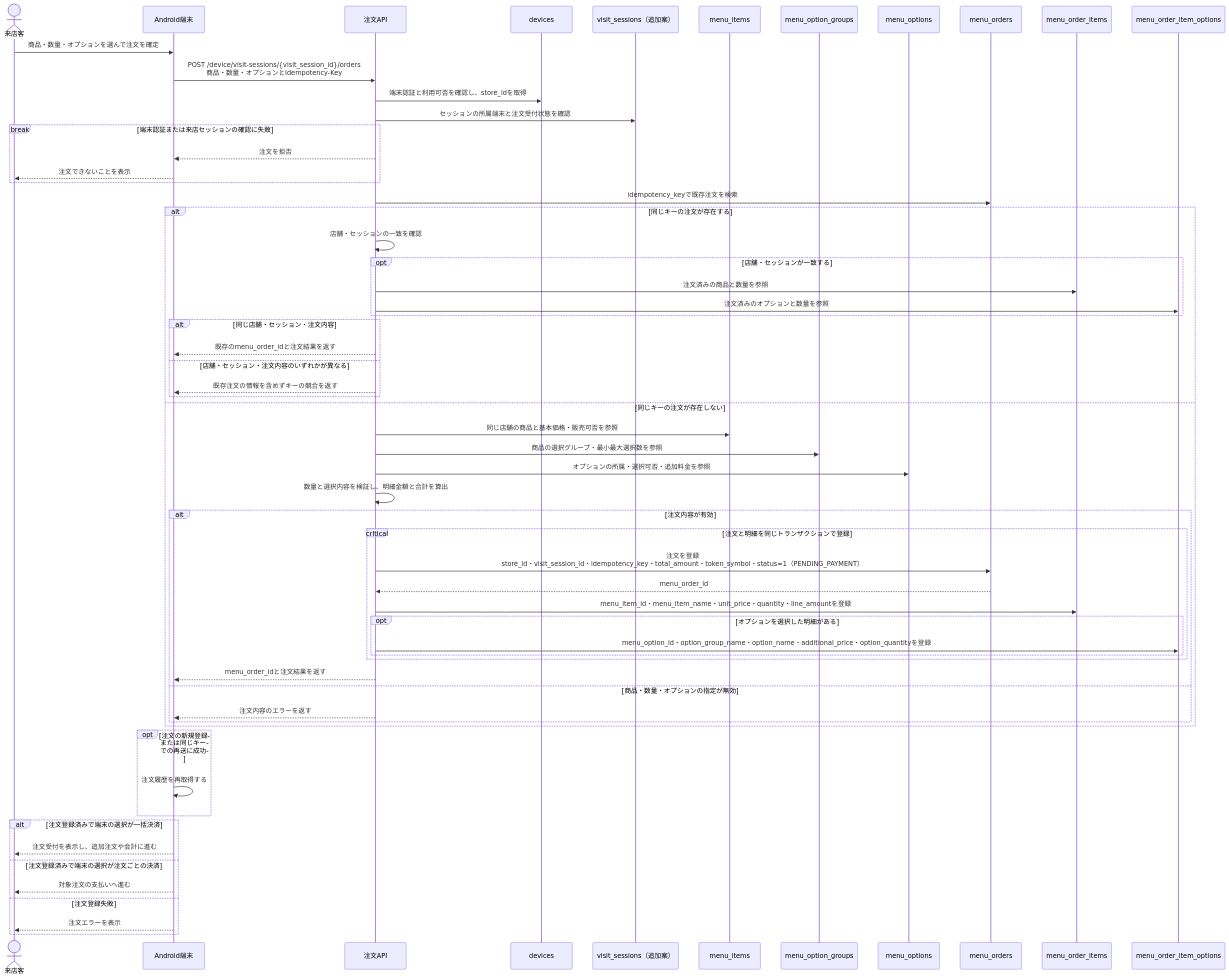
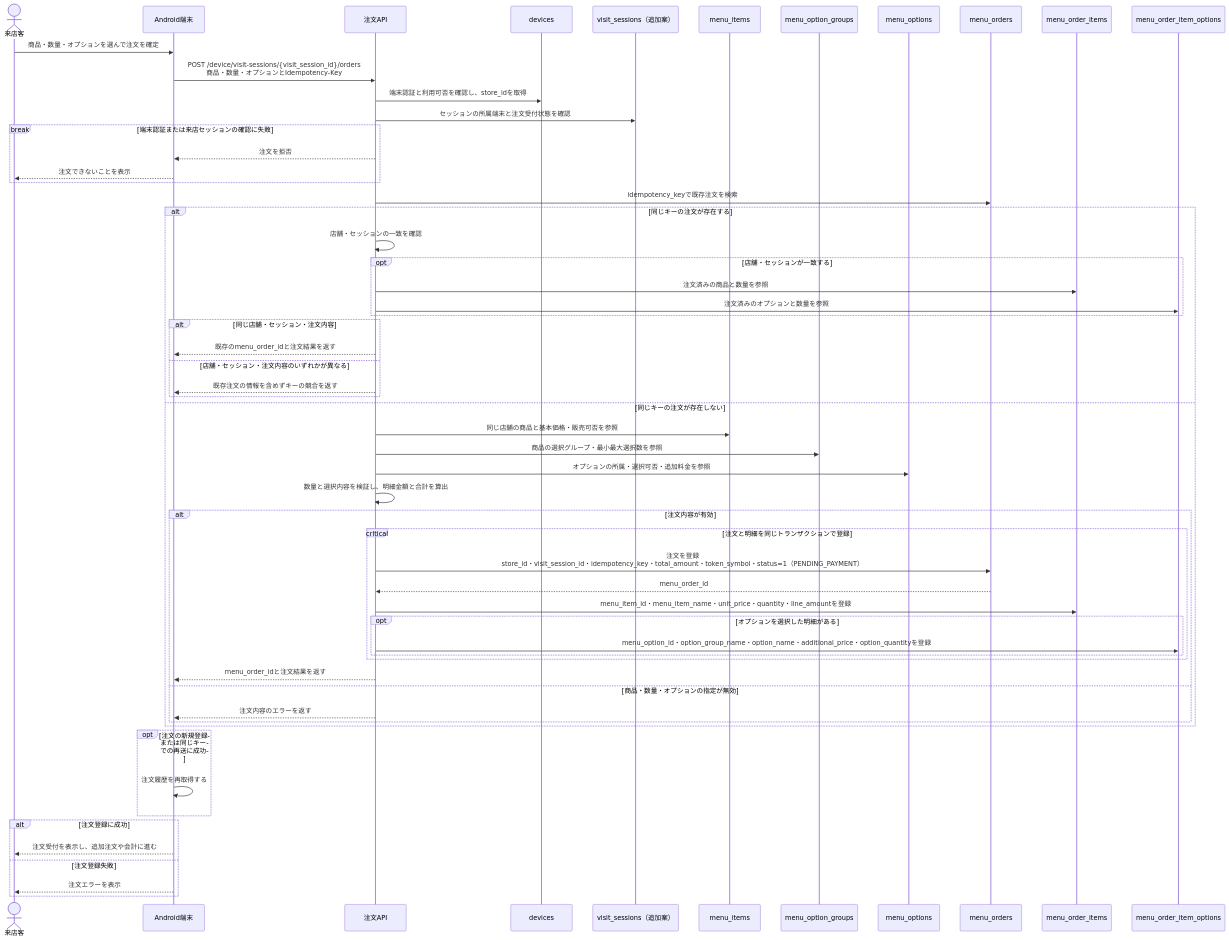
The fourth of 9 diagrams in docs/メニューオーダーフロー.md (terao06/teraid-pay-api), drawn with Mermaid before and after one commit. The commit also changed other lines of this file and 34 other files, not shown here.

````diff
--- a/docs/メニューオーダーフロー.md
+++ b/docs/メニューオーダーフロー.md
@@ -169,65 +164,63 @@
 ```mermaid
 sequenceDiagram
     actor Guest as 来店客
     participant Device as Android端末
     participant API as 注文API
     participant Devices as devices
     participant Visits as visit_sessions（追加案）
     participant Items as menu_items
     participant Groups as menu_option_groups
     participant Options as menu_options
     participant Orders as menu_orders
     participant OrderItems as menu_order_items
     participant OrderOptions as menu_order_item_options
 
     Guest->>Device: 商品・数量・オプションを選んで注文を確定
     Device->>API: POST /device/visit-sessions/{visit_session_id}/orders<br/>商品・数量・オプションとIdempotency-Key
     API->>Devices: 端末認証と利用可否を確認し、store_idを取得
     API->>Visits: セッションの所属端末と注文受付状態を確認
     break 端末認証または来店セッションの確認に失敗
         API-->>Device: 注文を拒否
         Device-->>Guest: 注文できないことを表示
     end
 
     API->>Orders: idempotency_keyで既存注文を検索
     alt 同じキーの注文が存在する
         API->>API: 店舗・セッションの一致を確認
         opt 店舗・セッションが一致する
             API->>OrderItems: 注文済みの商品と数量を参照
             API->>OrderOptions: 注文済みのオプションと数量を参照
         end
         alt 同じ店舗・セッション・注文内容
             API-->>Device: 既存のmenu_order_idと注文結果を返す
         else 店舗・セッション・注文内容のいずれかが異なる
             API-->>Device: 既存注文の情報を含めずキーの競合を返す
         end
     else 同じキーの注文が存在しない
         API->>Items: 同じ店舗の商品と基本価格・販売可否を参照
         API->>Groups: 商品の選択グループ・最小最大選択数を参照
         API->>Options: オプションの所属・選択可否・追加料金を参照
         API->>API: 数量と選択内容を検証し、明細金額と合計を算出
         alt 注文内容が有効
             critical 注文と明細を同じトランザクションで登録
                 API->>Orders: 注文を登録<br/>store_id・visit_session_id・idempotency_key・total_amount・token_symbol・status=1（PENDING_PAYMENT）
                 Orders-->>API: menu_order_id
                 API->>OrderItems: menu_item_id・menu_item_name・unit_price・quantity・line_amountを登録
                 opt オプションを選択した明細がある
                     API->>OrderOptions: menu_option_id・option_group_name・option_name・additional_price・option_quantityを登録
                 end
             end
             API-->>Device: menu_order_idと注文結果を返す
         else 商品・数量・オプションの指定が無効
             API-->>Device: 注文内容のエラーを返す
         end
     end
     opt 注文の新規登録または同じキーでの再送に成功
         Device->>Device: 注文履歴を再取得する
     end
-    alt 注文登録済みで端末の選択が一括決済
+    alt 注文登録に成功
         Device-->>Guest: 注文受付を表示し、追加注文や会計に進む
-    else 注文登録済みで端末の選択が注文ごとの決済
-        Device-->>Guest: 対象注文の支払いへ進む
     else 注文登録失敗
         Device-->>Guest: 注文エラーを表示
     end
 ```
````
